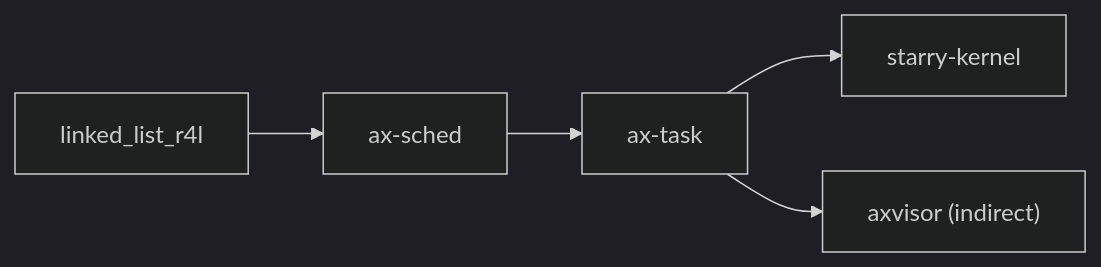
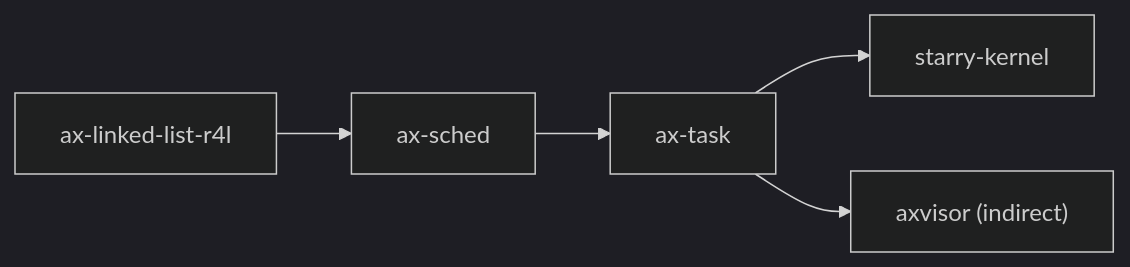
Before and after one commit to zKurisu/tgoskits: the diagram in docs/crates/ax-sched.md, drawn with Mermaid (dark theme). The commit also changed other lines of this file and 15 other files, not shown here.

Commit message:
rename linked_list_r4l to ax-linked-list-r4l

````diff
--- a/docs/crates/ax-sched.md
+++ b/docs/crates/ax-sched.md
@@ -65,7 +65,7 @@
 ```mermaid
 graph LR
-    linked_list["linked_list_r4l"] --> axsched["ax-sched"]
+    linked_list["ax-linked-list-r4l"] --> axsched["ax-sched"]
     axsched --> ax-task["ax-task"]
     ax-task --> starry["starry-kernel"]
     ax-task --> axvisor["axvisor (indirect)"]
 ```
````
